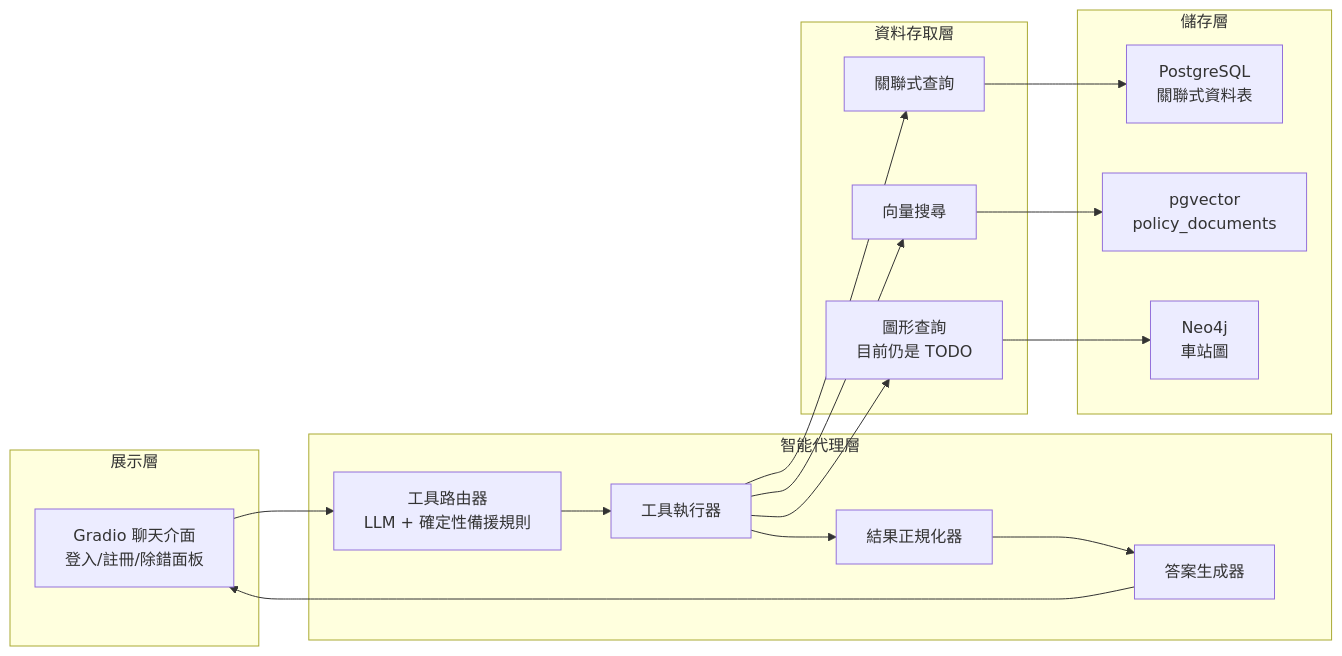
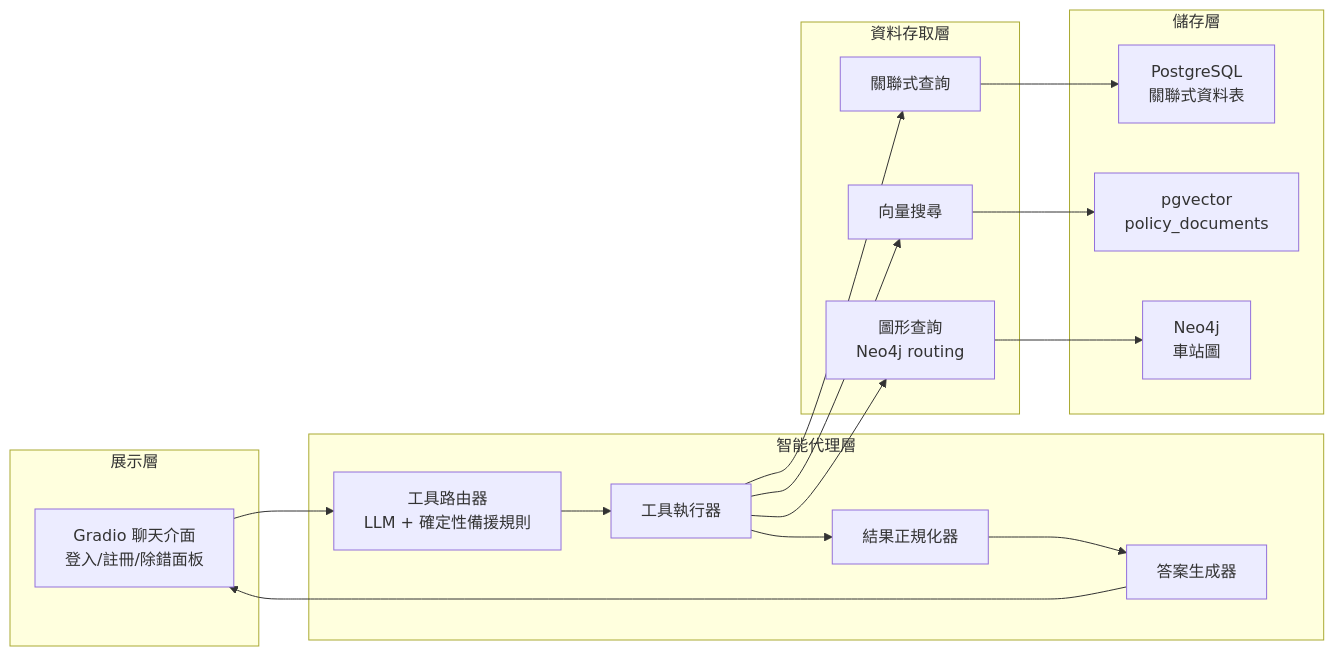
The second of 4 diagrams in plan/SYSTEM_DESIGN.zh.md (yichingchang520/Team43_113403012_transitflow), drawn with Mermaid before and after one commit. The commit also changed other lines of this file and 1 other file, not shown here.

````diff
--- a/plan/SYSTEM_DESIGN.zh.md
+++ b/plan/SYSTEM_DESIGN.zh.md
@@ -60,37 +60,37 @@
 ```mermaid
 flowchart LR
     subgraph Presentation["展示層"]
         UI["Gradio 聊天介面<br/>登入/註冊/除錯面板"]
     end
 
     subgraph Agent["智能代理層"]
         Router["工具路由器<br/>LLM + 確定性備援規則"]
         Exec["工具執行器"]
         Normalizer["結果正規化器"]
         Composer["答案生成器"]
     end
 
     subgraph DataAccess["資料存取層"]
         RelQ["關聯式查詢"]
         VecQ["向量搜尋"]
-        GraphQ["圖形查詢<br/>目前仍是 TODO"]
+        GraphQ["圖形查詢<br/>Neo4j routing"]
     end
 
     subgraph Storage["儲存層"]
         PG["PostgreSQL<br/>關聯式資料表"]
         PV["pgvector<br/>policy_documents"]
         NEO["Neo4j<br/>車站圖"]
     end
 
     UI --> Router
     Router --> Exec
     Exec --> RelQ
     Exec --> VecQ
     Exec --> GraphQ
     RelQ --> PG
     VecQ --> PV
     GraphQ --> NEO
     Exec --> Normalizer
     Normalizer --> Composer
     Composer --> UI
 ```
````
